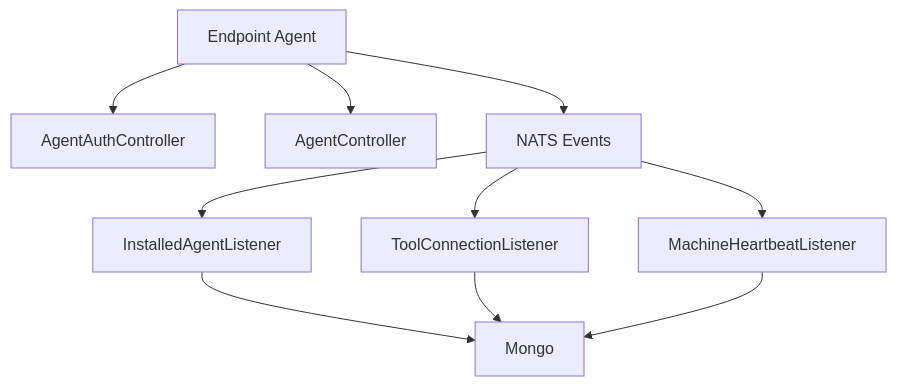
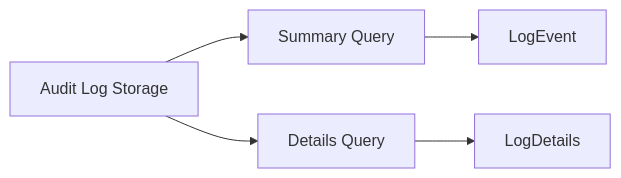
One commit to flamingo-stack/openframe-oss-lib changed the diagram in docs/diagrams/architecture/README-4.mmd. Above: the diagram before and after it, drawn with Mermaid. The commit also changed 24 other files, not shown here.

Commit message:
docs: Stage 2 - Architecture analysis (5 files) [skip ci]

```diff
--- a/docs/diagrams/architecture/README-4.mmd
+++ b/docs/diagrams/architecture/README-4.mmd
@@ -1,12 +1,6 @@
-flowchart TD
-    Agent["Endpoint Agent"] --> Auth["AgentAuthController"]
-    Agent --> Register["AgentController"]
-    Agent --> NATS["NATS Events"]
+flowchart LR
+    LogStorage["Audit Log Storage"] --> SummaryQuery["Summary Query"]
+    LogStorage --> DetailsQuery["Details Query"]
 
-    NATS --> Installed["InstalledAgentListener"]
-    NATS --> ToolConn["ToolConnectionListener"]
-    NATS --> Heartbeat["MachineHeartbeatListener"]
-
-    Installed --> Mongo
-    ToolConn --> Mongo
-    Heartbeat --> Mongo
+    SummaryQuery --> LogEventDTO["LogEvent"]
+    DetailsQuery --> LogDetailsDTO["LogDetails"]
```
